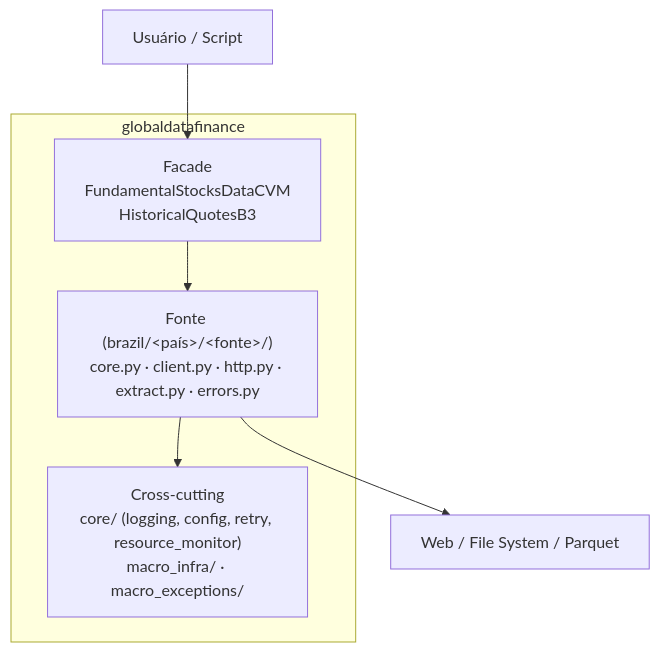
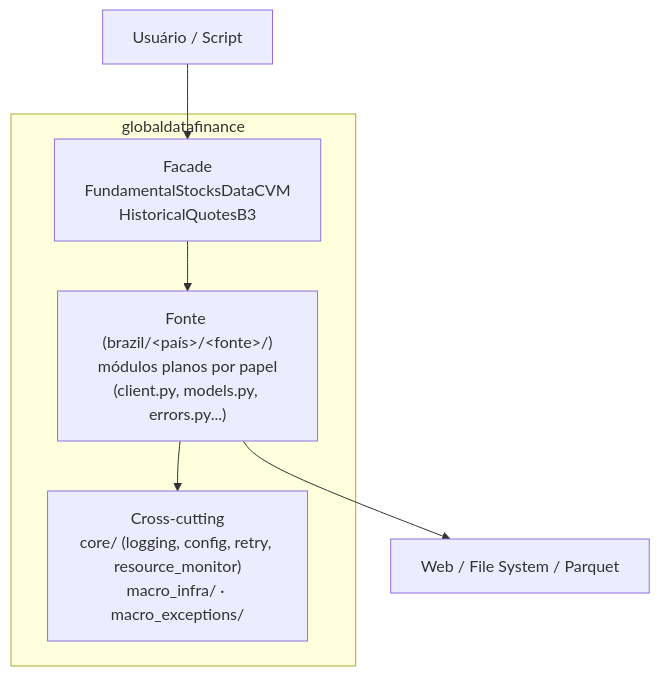
One commit to jor0105/Global-Data-Finance changed the diagram in README.md. Above: the diagram before and after it, drawn with Mermaid. The commit also changed other lines of this file and 2 other files, not shown here.

````diff
--- a/README.md
+++ b/README.md
@@ -154,12 +155,12 @@
 ```mermaid
 graph TD
     User[Usuário / Script] --> Facade
 
     subgraph "globaldatafinance"
         Facade["Facade<br/>FundamentalStocksDataCVM<br/>HistoricalQuotesB3"]
-        Facade --> Source["Fonte (brazil/&lt;país&gt;/&lt;fonte&gt;/)<br/>core.py · client.py · http.py · extract.py · errors.py"]
+        Facade --> Source["Fonte (brazil/&lt;país&gt;/&lt;fonte&gt;/)<br/>módulos planos por papel<br/>(client.py, models.py, errors.py...)"]
         Source --> Cross["Cross-cutting<br/>core/ (logging, config, retry, resource_monitor)<br/>macro_infra/ · macro_exceptions/"]
     end
 
     Source --> External[Web / File System / Parquet]
 ```
````
